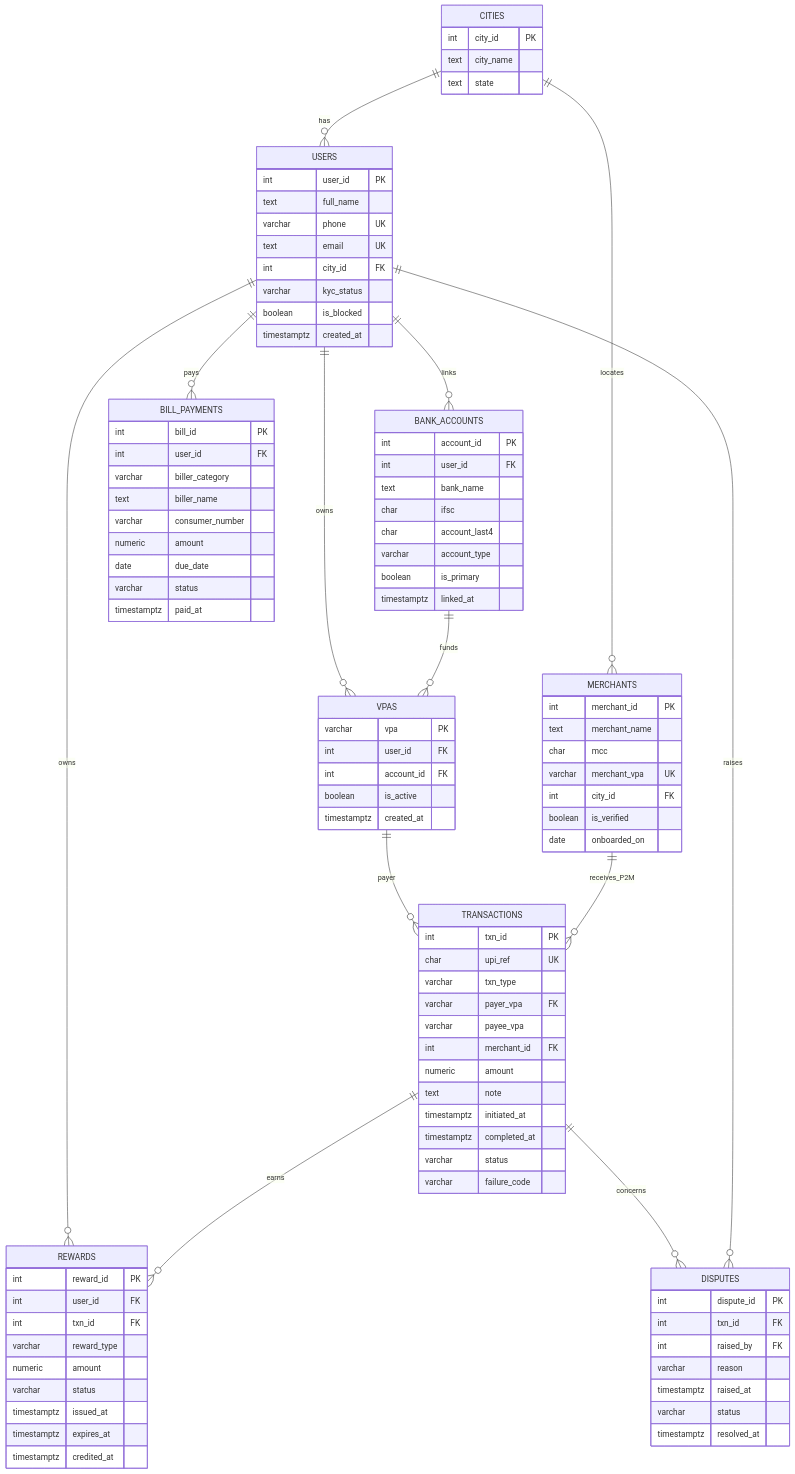
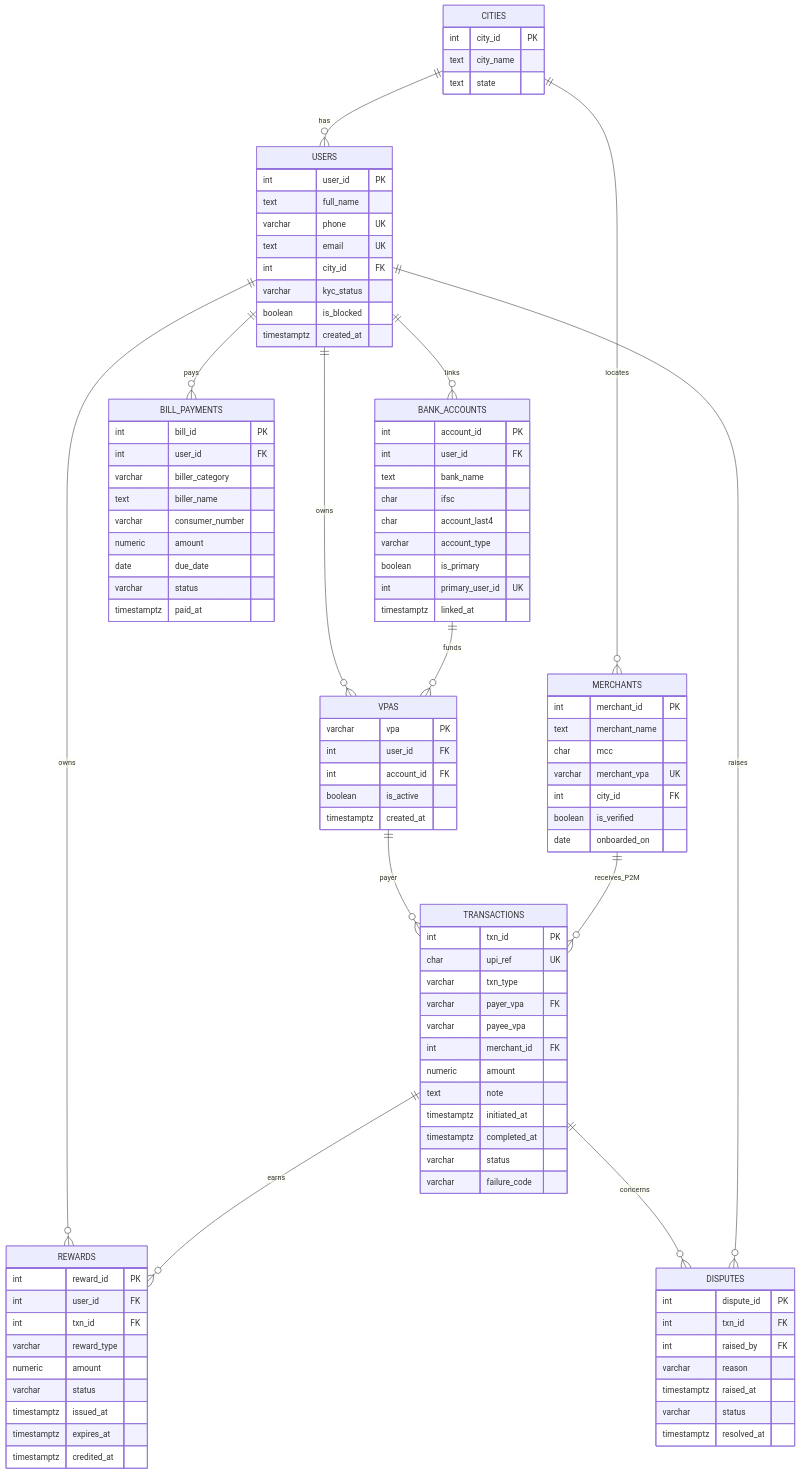
One commit to dwijsaini/DE_Project_2026 changed the diagram in diagrams/er_diagram.mmd. Above: the diagram before and after it, drawn with Mermaid. The commit also changed 3 other files, not shown here.

Commit message:
Align CP1 docs with merged schema

```diff
--- a/diagrams/er_diagram.mmd
+++ b/diagrams/er_diagram.mmd
@@ -1,100 +1,101 @@
 erDiagram
     CITIES ||--o{ USERS : has
     CITIES ||--o{ MERCHANTS : locates
     USERS ||--o{ BANK_ACCOUNTS : links
     USERS ||--o{ VPAS : owns
     BANK_ACCOUNTS ||--o{ VPAS : funds
     VPAS ||--o{ TRANSACTIONS : payer
     MERCHANTS ||--o{ TRANSACTIONS : receives_P2M
     USERS ||--o{ REWARDS : owns
     TRANSACTIONS ||--o{ REWARDS : earns
     USERS ||--o{ BILL_PAYMENTS : pays
     TRANSACTIONS ||--o{ DISPUTES : concerns
     USERS ||--o{ DISPUTES : raises
 
     CITIES {
         int city_id PK
         text city_name
         text state
     }
     USERS {
         int user_id PK
         text full_name
         varchar phone UK
         text email UK
         int city_id FK
         varchar kyc_status
         boolean is_blocked
         timestamptz created_at
     }
     BANK_ACCOUNTS {
         int account_id PK
         int user_id FK
         text bank_name
         char ifsc
         char account_last4
         varchar account_type
         boolean is_primary
+        int primary_user_id UK
         timestamptz linked_at
     }
     VPAS {
         varchar vpa PK
         int user_id FK
         int account_id FK
         boolean is_active
         timestamptz created_at
     }
     MERCHANTS {
         int merchant_id PK
         text merchant_name
         char mcc
         varchar merchant_vpa UK
         int city_id FK
         boolean is_verified
         date onboarded_on
     }
     TRANSACTIONS {
         int txn_id PK
         char upi_ref UK
         varchar txn_type
         varchar payer_vpa FK
         varchar payee_vpa
         int merchant_id FK
         numeric amount
         text note
         timestamptz initiated_at
         timestamptz completed_at
         varchar status
         varchar failure_code
     }
     REWARDS {
         int reward_id PK
         int user_id FK
         int txn_id FK
         varchar reward_type
         numeric amount
         varchar status
         timestamptz issued_at
         timestamptz expires_at
         timestamptz credited_at
     }
     BILL_PAYMENTS {
         int bill_id PK
         int user_id FK
         varchar biller_category
         text biller_name
         varchar consumer_number
         numeric amount
         date due_date
         varchar status
         timestamptz paid_at
     }
     DISPUTES {
         int dispute_id PK
         int txn_id FK
         int raised_by FK
         varchar reason
         timestamptz raised_at
         varchar status
         timestamptz resolved_at
     }
```
